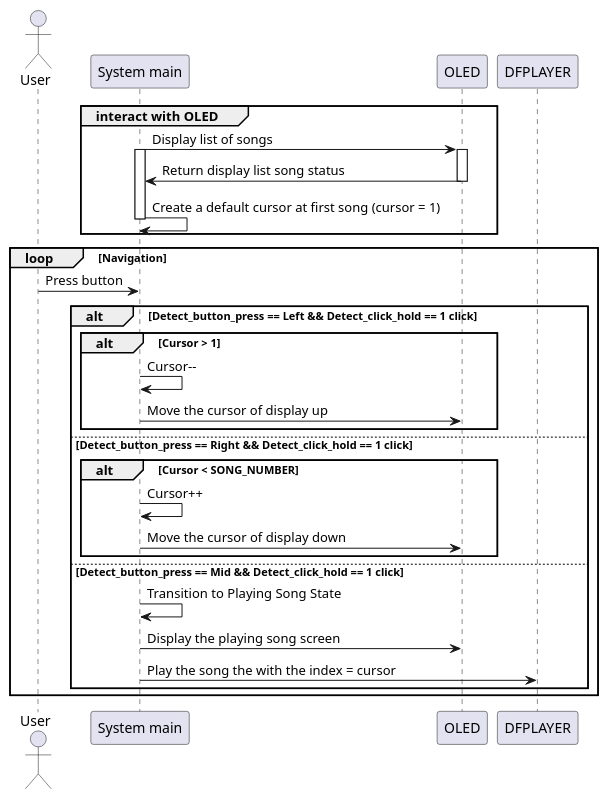
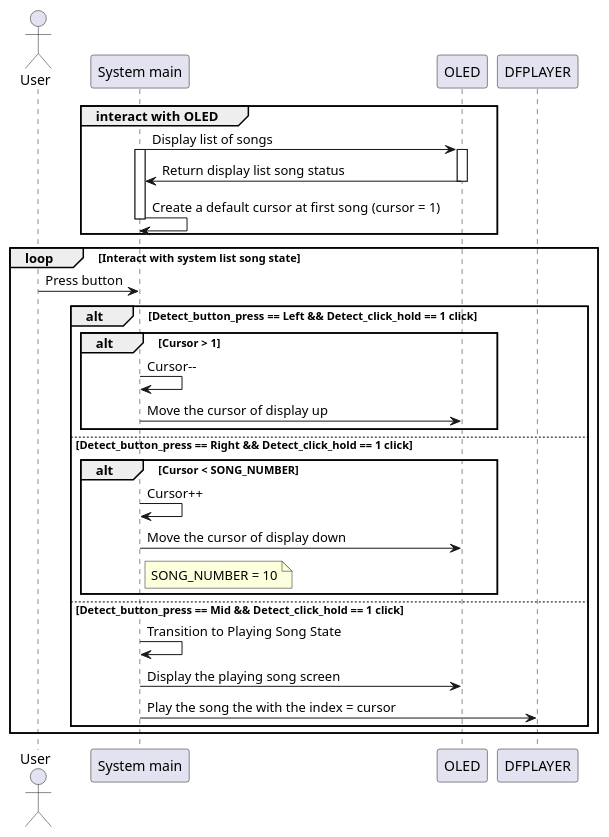
Before and after one commit to toannguyentien-itr-intern/MP3_Player: the diagram in Documents/Seqence_diagram/3_system_list_song_screen.wsd, drawn with PlantUML.

Commit message:
Refactoe: Finish the system_list_song_screen seqence diagram

```diff
--- a/Documents/Seqence_diagram/3_system_list_song_screen.wsd
+++ b/Documents/Seqence_diagram/3_system_list_song_screen.wsd
@@ -1,41 +1,44 @@
 @startuml system_list_song_screen
 actor User
 participant "System main"   as    System_main
 participant OLED
 participant DFPLAYER
 
 group interact with OLED
 
 System_main -> OLED: Display list of songs
 activate System_main
 activate OLED
 OLED -> System_main: Return display list song status  
 deactivate OLED
 System_main -> System_main: Create a default cursor at first song (cursor = 1)
 deactivate System_main
 
 end
 
 
-loop Navigation
+loop Interact with system list song state
     User -> System_main: Press button
 
     alt Detect_button_press == Left && Detect_click_hold == 1 click
         alt Cursor > 1
             System_main -> System_main: Cursor--
             System_main -> OLED: Move the cursor of display up
         end
 
     else Detect_button_press == Right && Detect_click_hold == 1 click
         alt Cursor < SONG_NUMBER
             System_main -> System_main: Cursor++
             System_main -> OLED: Move the cursor of display down
+        note right of System_main
+          SONG_NUMBER = 10
+        end note
         end
 
     else Detect_button_press == Mid && Detect_click_hold == 1 click
         System_main -> System_main: Transition to Playing Song State
         System_main -> OLED: Display the playing song screen
         System_main -> DFPLAYER: Play the song the with the index = cursor
     end
 end
 @enduml
```
